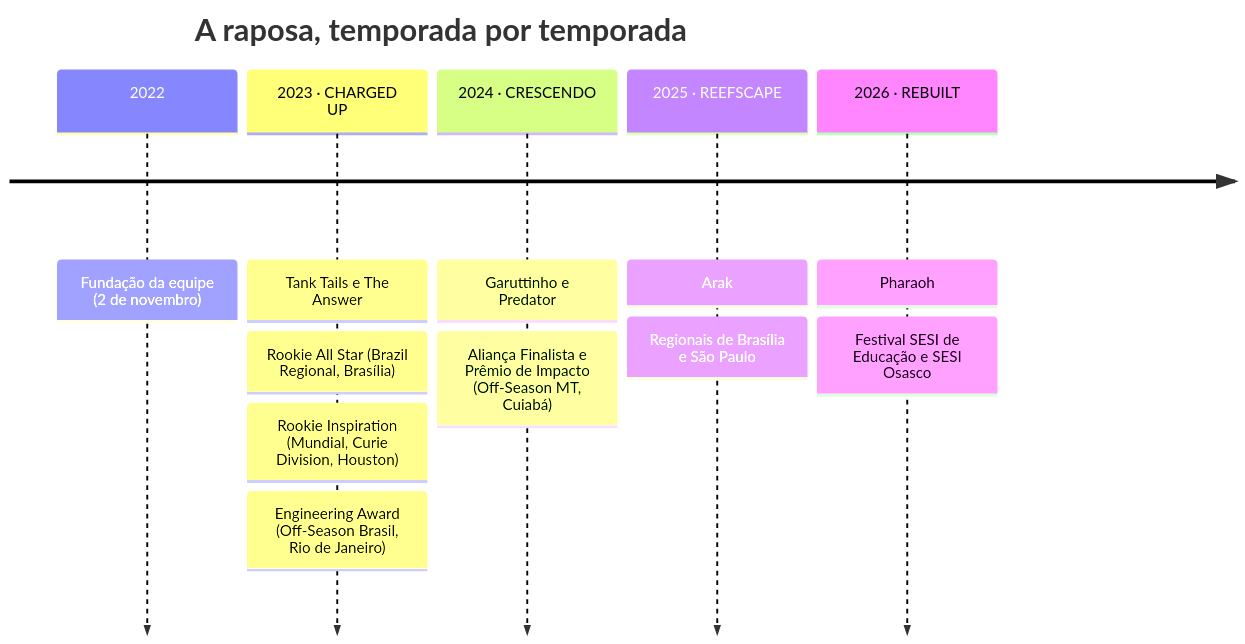
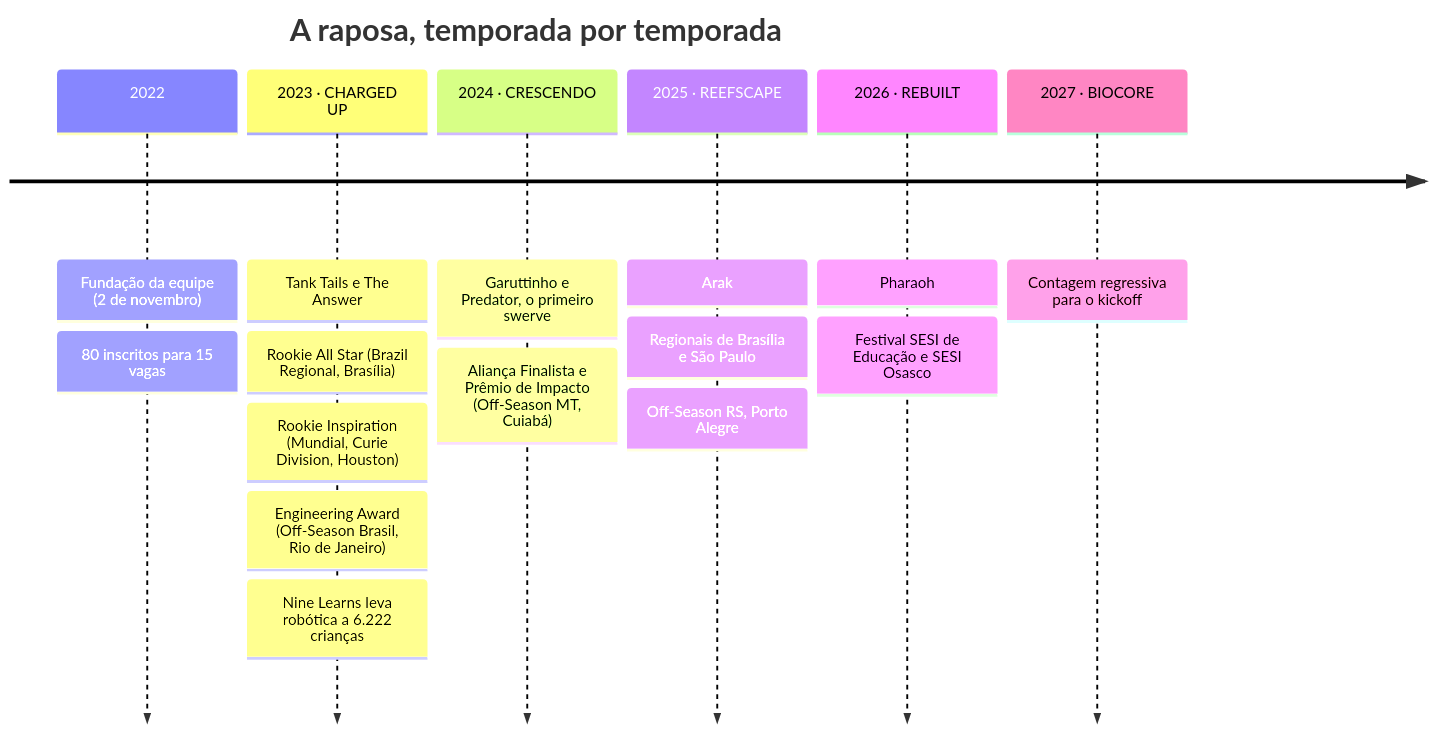
One commit to c4mpos-dev/site-nine-tails-9219 changed the first of 2 diagrams in README.md. Above: the diagram before and after it, drawn with Mermaid. The commit also changed other lines of this file and 9 other files, not shown here.

````diff
--- a/README.md
+++ b/README.md
@@ -77,15 +158,19 @@
 ```mermaid
 timeline
     title A raposa, temporada por temporada
     2022 : Fundação da equipe (2 de novembro)
+         : 80 inscritos para 15 vagas
     2023 · CHARGED UP : Tank Tails e The Answer
          : Rookie All Star (Brazil Regional, Brasília)
          : Rookie Inspiration (Mundial, Curie Division, Houston)
          : Engineering Award (Off-Season Brasil, Rio de Janeiro)
-    2024 · CRESCENDO : Garuttinho e Predator
+         : Nine Learns leva robótica a 6.222 crianças
+    2024 · CRESCENDO : Garuttinho e Predator, o primeiro swerve
          : Aliança Finalista e Prêmio de Impacto (Off-Season MT, Cuiabá)
     2025 · REEFSCAPE : Arak
          : Regionais de Brasília e São Paulo
+         : Off-Season RS, Porto Alegre
     2026 · REBUILT : Pharaoh
          : Festival SESI de Educação e SESI Osasco
+    2027 · BIOCORE : Contagem regressiva para o kickoff
 ```
````
